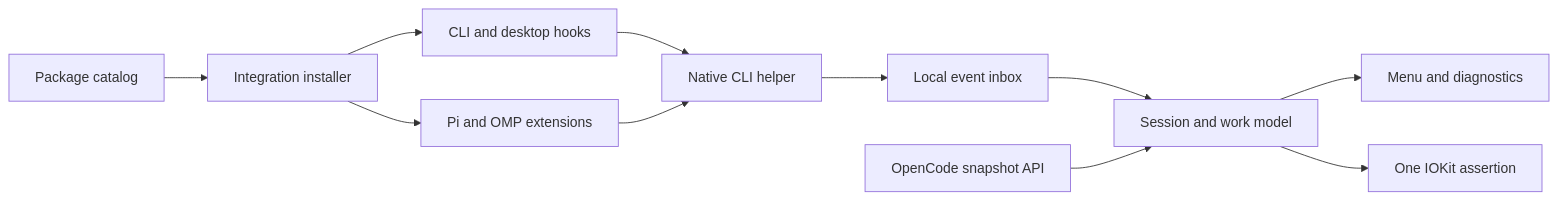
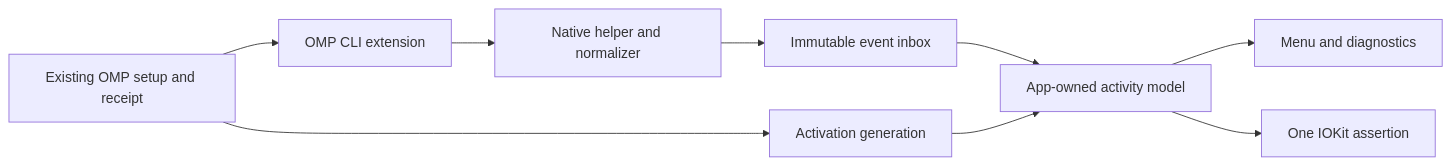
One commit to hiyotim/awake-lite changed the diagram in ARCHITECTURE.md. Above: the diagram before and after it, drawn with Mermaid. The commit also changed other lines of this file and 41 other files, not shown here.

Commit message:
wip: checkpoint pre-cut state (core, helper, adapters, installer, power)

````diff
--- a/ARCHITECTURE.md
+++ b/ARCHITECTURE.md
@@ -15,13 +9,11 @@
 ```mermaid
 flowchart LR
-    Hooks[CLI and desktop hooks] --> Helper[Native CLI helper]
-    Plugins[Pi and OMP extensions] --> Helper
-    Helper --> Inbox[Local event inbox]
-    Inbox --> Model[Session and work model]
-    API[OpenCode snapshot API] --> Model
+    OMP[OMP CLI extension] --> Helper[Native helper and normalizer]
+    Helper --> Inbox[Immutable event inbox]
+    Inbox --> Model[App-owned activity model]
     Model --> Menu[Menu and diagnostics]
     Model --> Power[One IOKit assertion]
-    Catalog[Package catalog] --> Installer[Integration installer]
-    Installer --> Hooks
-    Installer --> Plugins
+    Setup[Existing OMP setup and receipt] --> OMP
+    Setup --> Activation[Activation generation]
+    Activation --> Model
 ```
````
